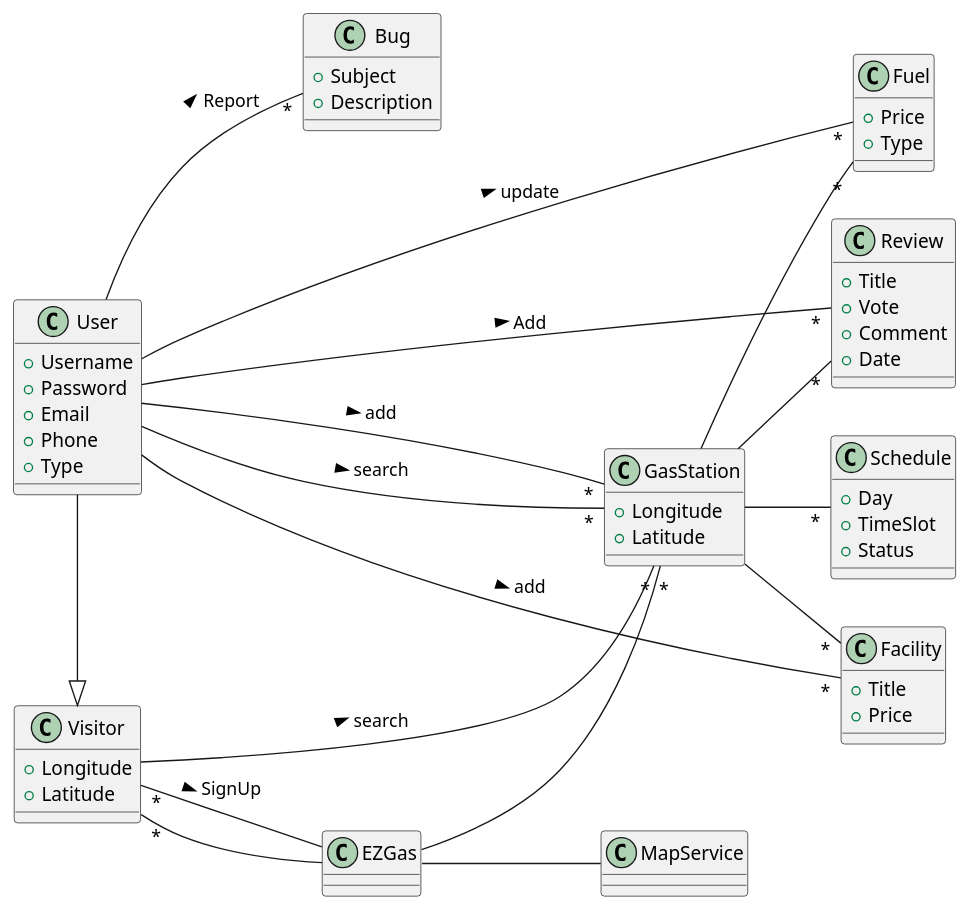
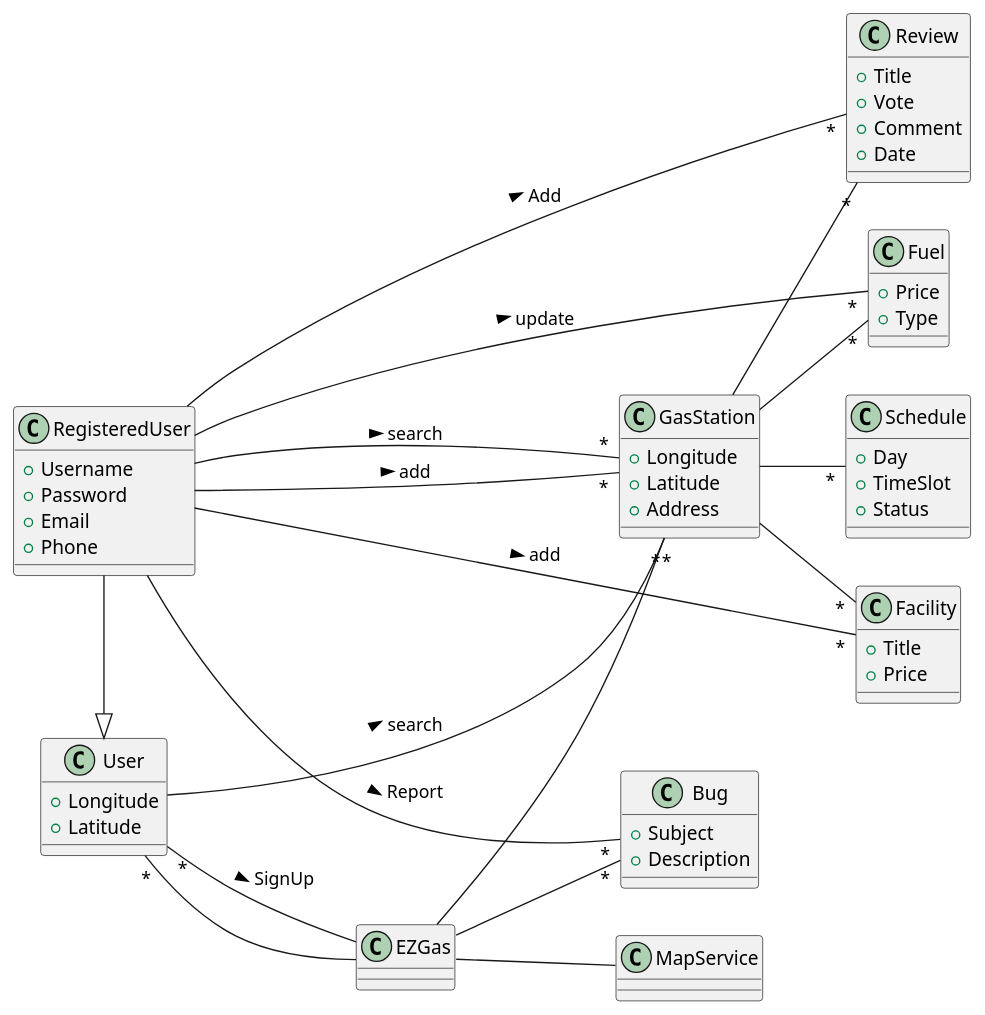
Before and after one commit to giovannitangredi/SEIProject: the second of 2 diagrams in docs/RequirementsDocument.md, drawn with PlantUML.

Commit message:
fix: added a link in glossary and modifications on user and visitor classes

````diff
--- a/docs/RequirementsDocument.md
+++ b/docs/RequirementsDocument.md
@@ -160,75 +160,77 @@
 ```plantuml
 @startuml
 left to right direction
 
-Class Visitor {
+Class User {
 	+ Longitude
 	+ Latitude
 }
-Class User {
+Class RegisteredUser {
 	+ Username
 	+ Password
 	+ Email
 	+ Phone
-	+ Type
 }
 
-Class GasStation{
+Class GasStation {
 	+ Longitude
 	+ Latitude
+    + Address
 }
 
 Class Schedule {
         + Day
         + TimeSlot
         + Status
 }
 
 
 
 Class Facility {
 	+ Title
 	+ Price
 }
 
 Class Fuel{
 	+ Price
 	+ Type
 }
 
-Class EZGas{
+Class EZGas {
 }
 
 Class MapService {
 }
 
 Class Review {
          + Title
          + Vote
          + Comment
          + Date
 }
 
 Class Bug {
          + Subject
          + Description
 }
 
 GasStation -- "*" Fuel
 GasStation -- "*" Facility
 GasStation -- "*" Schedule
 GasStation -- "*" Review
-User -|> Visitor
+RegisteredUser -|> User 
+GasStation "*" -- RegisteredUser : search <
 GasStation "*" -- User : search <
-GasStation "*" -- Visitor : search <
-User -- "*" GasStation : add >
-User -- "*" Fuel : update >
-User -- "*" Facility : add >
-Visitor "*" -- EZGas : SignUp >
+RegisteredUser -- "*" GasStation : add >
+RegisteredUser -- "*" Fuel : update >
+RegisteredUser -- "*" Facility : add >
+User "*" -- EZGas : SignUp >
 EZGas -- "*" GasStation
-EZGas -- "*" Visitor
+EZGas -- "*" User 
 EZGas -- MapService
-User -- "*" Review : Add >
-User -- "*" Bug : Report >
+RegisteredUser -- "*" Review : Add >
+RegisteredUser -- "*" Bug : Report >
+EZGas -- "*" Bug
+
 @enduml
 ```
````
